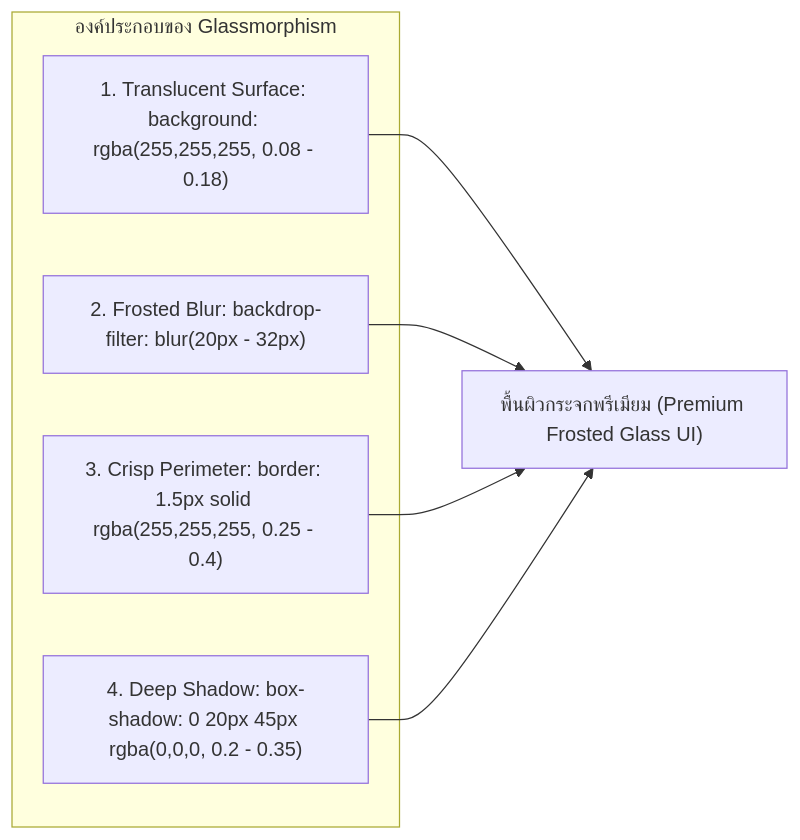
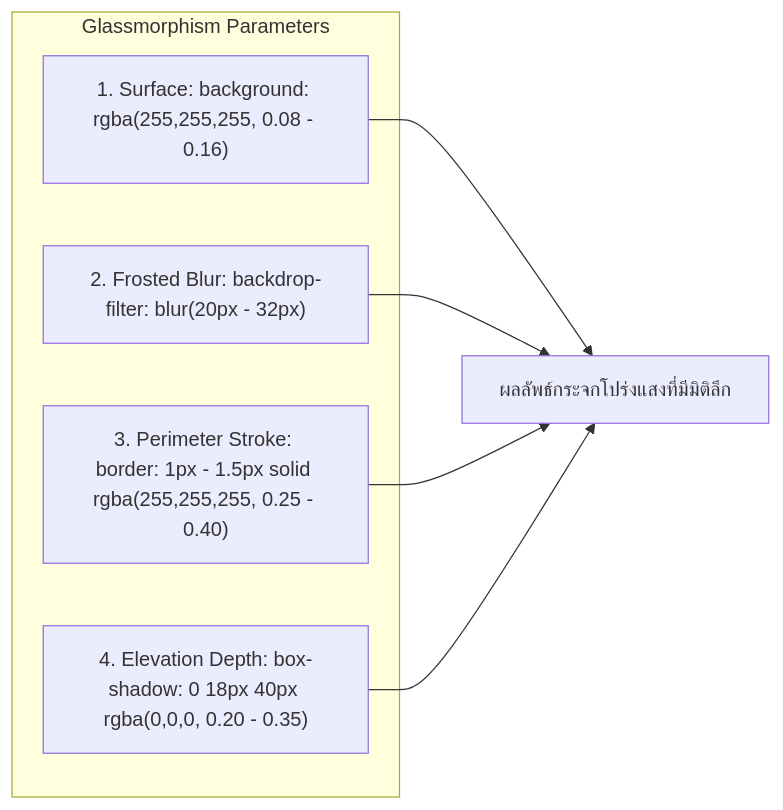
The fourth of 6 diagrams in RUBII_CORE_ARCHITECTURE_AND_CSS_ENGINEERING.md (jadesolju/Snippet-Studio), drawn with Mermaid before and after one commit. The commit also changed other lines of this file, not shown here.

Commit message:
docs: rewrite Rubii architecture and developer guide focusing on core principles, HTML/CSS/Regex recommendations, and empirical failure analysis

````diff
--- a/RUBII_CORE_ARCHITECTURE_AND_CSS_ENGINEERING.md
+++ b/RUBII_CORE_ARCHITECTURE_AND_CSS_ENGINEERING.md
@@ -189,11 +195,11 @@
 ```mermaid
 flowchart LR
-    subgraph GlassComponents["องค์ประกอบของ Glassmorphism"]
-        C1["1. Translucent Surface: background: rgba(255,255,255, 0.08 - 0.18)"]
-        C2["2. Frosted Blur: backdrop-filter: blur(20px - 32px)"]
-        C3["3. Crisp Perimeter: border: 1.5px solid rgba(255,255,255, 0.25 - 0.4)"]
-        C4["4. Deep Shadow: box-shadow: 0 20px 45px rgba(0,0,0, 0.2 - 0.35)"]
+    subgraph Spec["Glassmorphism Parameters"]
+        P1["1. Surface: background: rgba(255,255,255, 0.08 - 0.16)"]
+        P2["2. Frosted Blur: backdrop-filter: blur(20px - 32px)"]
+        P3["3. Perimeter Stroke: border: 1px - 1.5px solid rgba(255,255,255, 0.25 - 0.40)"]
+        P4["4. Elevation Depth: box-shadow: 0 18px 40px rgba(0,0,0, 0.20 - 0.35)"]
     end
 
-    C1 & C2 & C3 & C4 --> G["พื้นผิวกระจกพรีเมียม (Premium Frosted Glass UI)"]
+    P1 & P2 & P3 & P4 --> GlassResult["ผลลัพธ์กระจกโปร่งแสงที่มีมิติลึก"]
 ```
````
